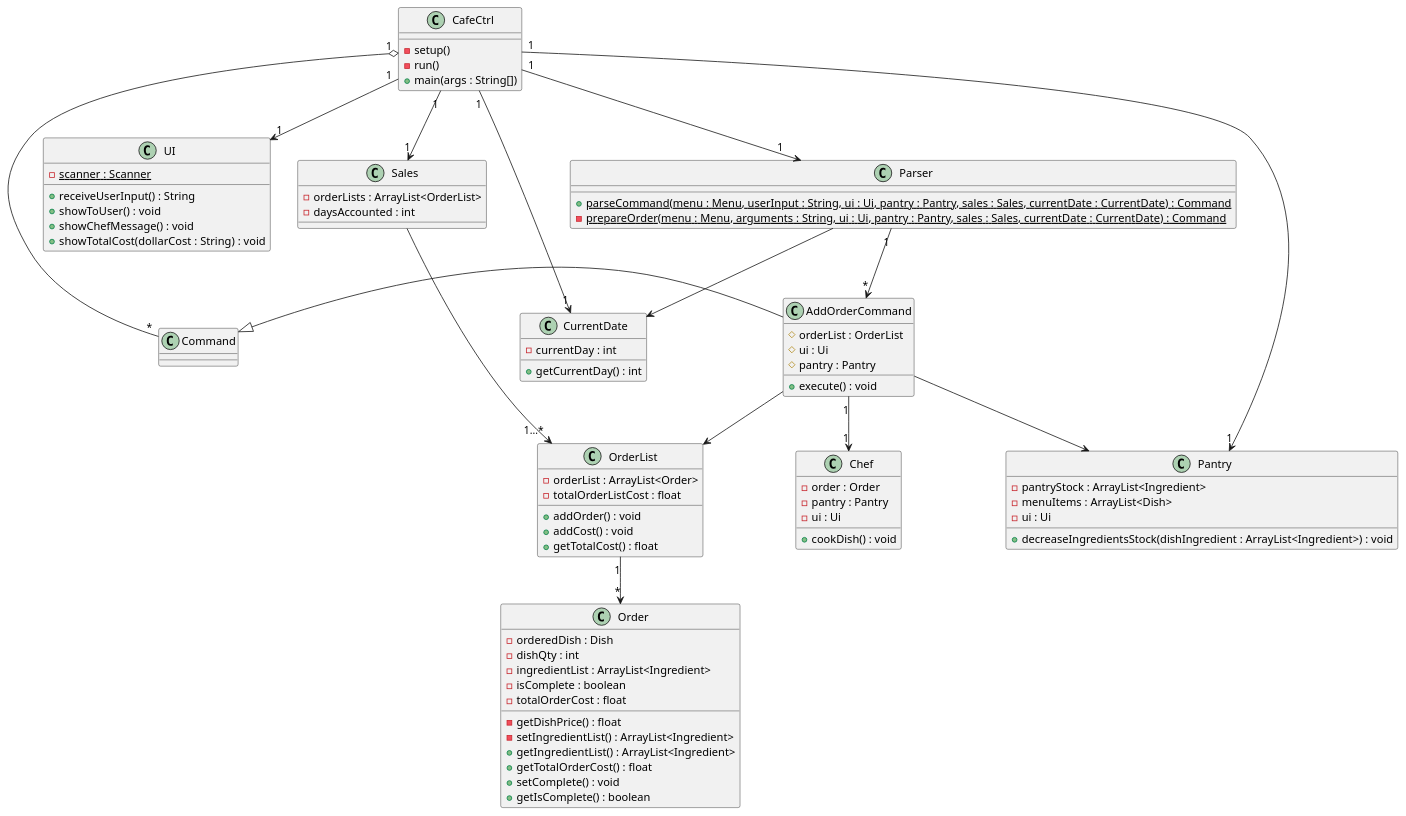
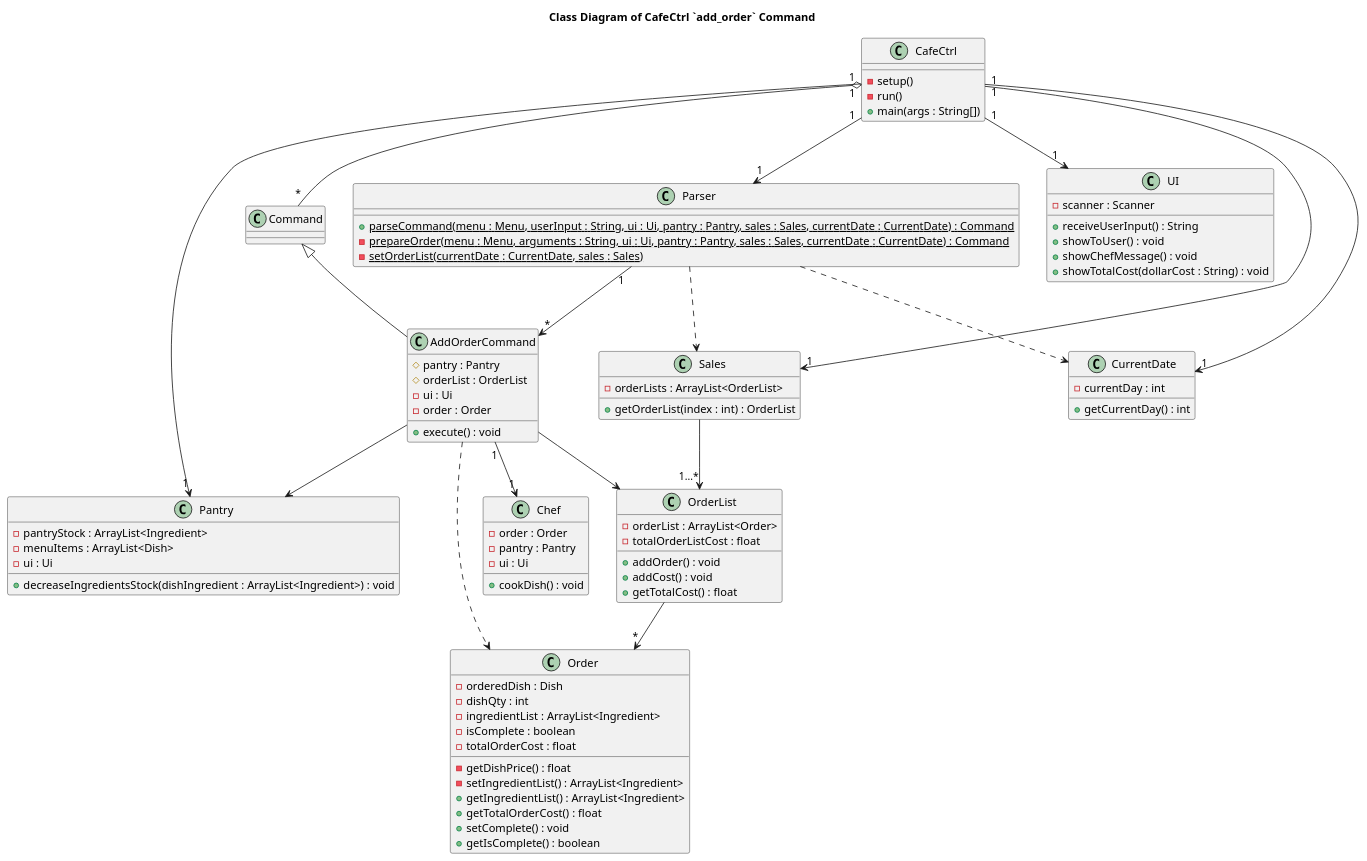
Before and after one commit to nus-cs2113-AY2324S1/tp: the diagram in docs/diagrams/class/AddOrderCommandClass.puml, drawn with PlantUML. The commit also changed 2 other files, not shown here.

Commit message:
Update DG for AddOrderCommand

```diff
--- a/docs/diagrams/class/AddOrderCommandClass.puml
+++ b/docs/diagrams/class/AddOrderCommandClass.puml
@@ -1,96 +1,102 @@
 @startuml
 'https://plantuml.com/class-diagram
+
+title Class Diagram of CafeCtrl `add_order` Command
 
 CafeCtrl "1" --> "1" UI
 CafeCtrl "1" --> "1" Parser
 CafeCtrl "1" --> "1" Sales
 CafeCtrl "1" --> "1" Pantry
 CafeCtrl "1" --> "1" CurrentDate
 CafeCtrl "1" o-- "*" Command
 
 Command <|- AddOrderCommand
 Parser "1" --> "*" AddOrderCommand
-Parser --> CurrentDate
+Parser ..> CurrentDate
+Parser ..> Sales
 AddOrderCommand --> OrderList
 AddOrderCommand "1" --> "1" Chef
 AddOrderCommand --> Pantry
-OrderList "1" --> "*" Order
+AddOrderCommand ..> Order
+OrderList --> "*" Order
 Sales --> "1...*" OrderList
 
 class CafeCtrl {
 - setup()
 - run()
 + main(args : String[])
 }
 
 class Command {
 
 }
 
 class UI {
-{static} - scanner : Scanner
+- scanner : Scanner
 + receiveUserInput() : String
 + showToUser() : void
 + showChefMessage() : void
 + showTotalCost(dollarCost : String) : void
 }
 
 class AddOrderCommand {
+# pantry : Pantry
 # orderList : OrderList
-# ui : Ui
-# pantry : Pantry
+- ui : Ui
+- order : Order
 + execute() : void
 }
 
 class Parser {
 {static} + parseCommand(menu : Menu, userInput : String, ui : Ui, pantry : Pantry, sales : Sales, currentDate : CurrentDate) : Command
 {static} - prepareOrder(menu : Menu, arguments : String, ui : Ui, pantry : Pantry, sales : Sales, currentDate : CurrentDate) : Command
+{static} - setOrderList(currentDate : CurrentDate, sales : Sales)
 }
 
 class OrderList {
 - orderList : ArrayList<Order>
 - totalOrderListCost : float
 + addOrder() : void
 + addCost() : void
 + getTotalCost() : float
 }
 
 class Order {
 - orderedDish : Dish
 - dishQty : int
 - ingredientList : ArrayList<Ingredient>
 - isComplete : boolean
 - totalOrderCost : float
 - getDishPrice() : float
 - setIngredientList() : ArrayList<Ingredient>
 + getIngredientList() : ArrayList<Ingredient>
 + getTotalOrderCost() : float
 + setComplete() : void
 + getIsComplete() : boolean
 }
 
 class Chef {
 - order : Order
 - pantry : Pantry
 - ui : Ui
 + cookDish() : void
 }
 
 class Pantry {
 - pantryStock : ArrayList<Ingredient>
 - menuItems : ArrayList<Dish>
 - ui : Ui
 + decreaseIngredientsStock(dishIngredient : ArrayList<Ingredient>) : void
 }
 
 class Sales {
 - orderLists : ArrayList<OrderList>
-- daysAccounted : int
++ getOrderList(index : int) : OrderList
 }
 
 class CurrentDate {
 - currentDay : int
 + getCurrentDay() : int
 }
 
 @enduml
```
